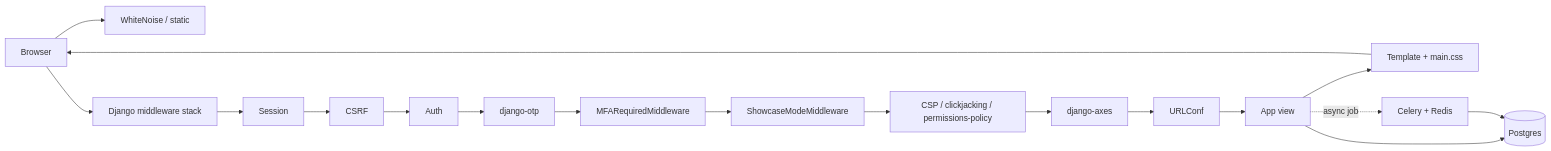
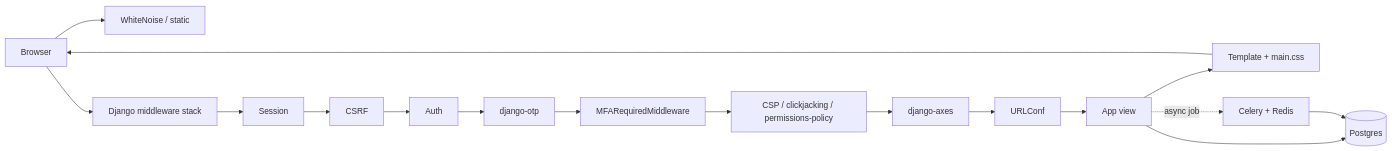
One commit to jawad-salem/Vulnex changed the first of 2 diagrams in docs/ARCHITECTURE.md. Above: the diagram before and after it, drawn with Mermaid. The commit also changed other lines of this file and 9 other files, not shown here.

Commit message:
Remove showcase mode and Fly.io demo deployment

````diff
--- a/docs/ARCHITECTURE.md
+++ b/docs/ARCHITECTURE.md
@@ -67,20 +66,19 @@
 ```mermaid
 flowchart LR
     A[Browser] --> B[WhiteNoise / static]
     A --> C[Django middleware stack]
     C --> C1[Session]
     C1 --> C2[CSRF]
     C2 --> C3[Auth]
     C3 --> C4[django-otp]
     C4 --> C5[MFARequiredMiddleware]
-    C5 --> C6[ShowcaseModeMiddleware]
-    C6 --> C7[CSP / clickjacking / permissions-policy]
+    C5 --> C7[CSP / clickjacking / permissions-policy]
     C7 --> C8[django-axes]
     C8 --> D[URLConf]
     D --> E[App view]
     E --> F[(Postgres)]
     E --> G[Template + main.css]
     G --> A
     E -.async job.-> H[Celery + Redis]
     H --> F
 ```
````
